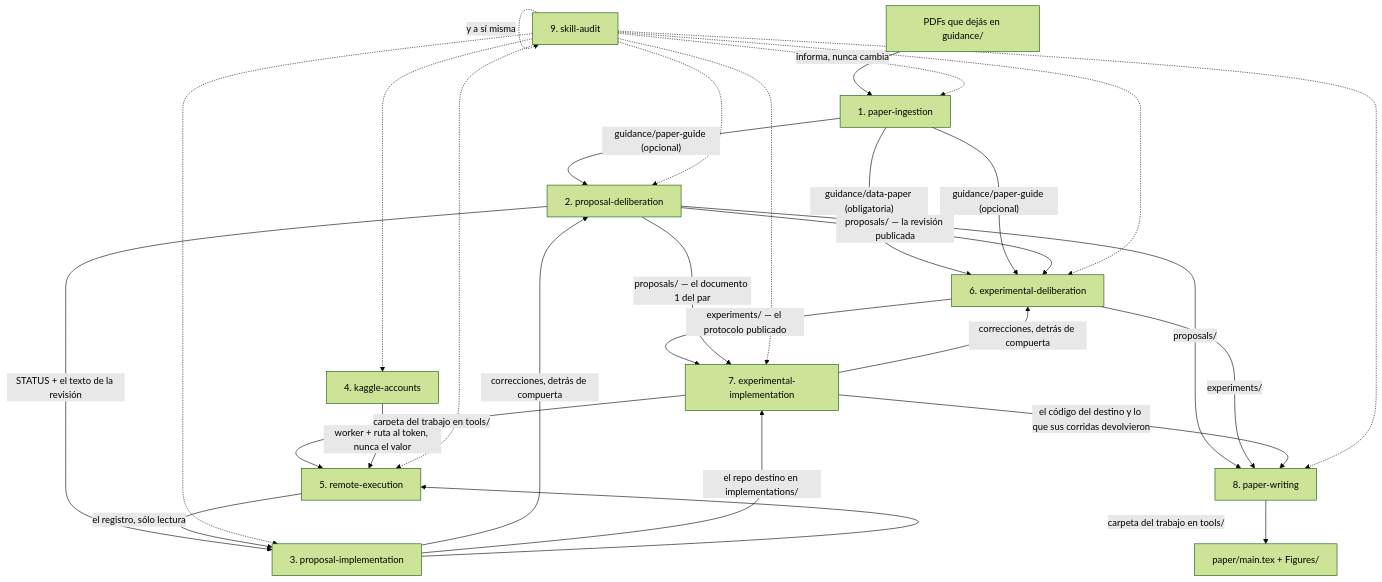
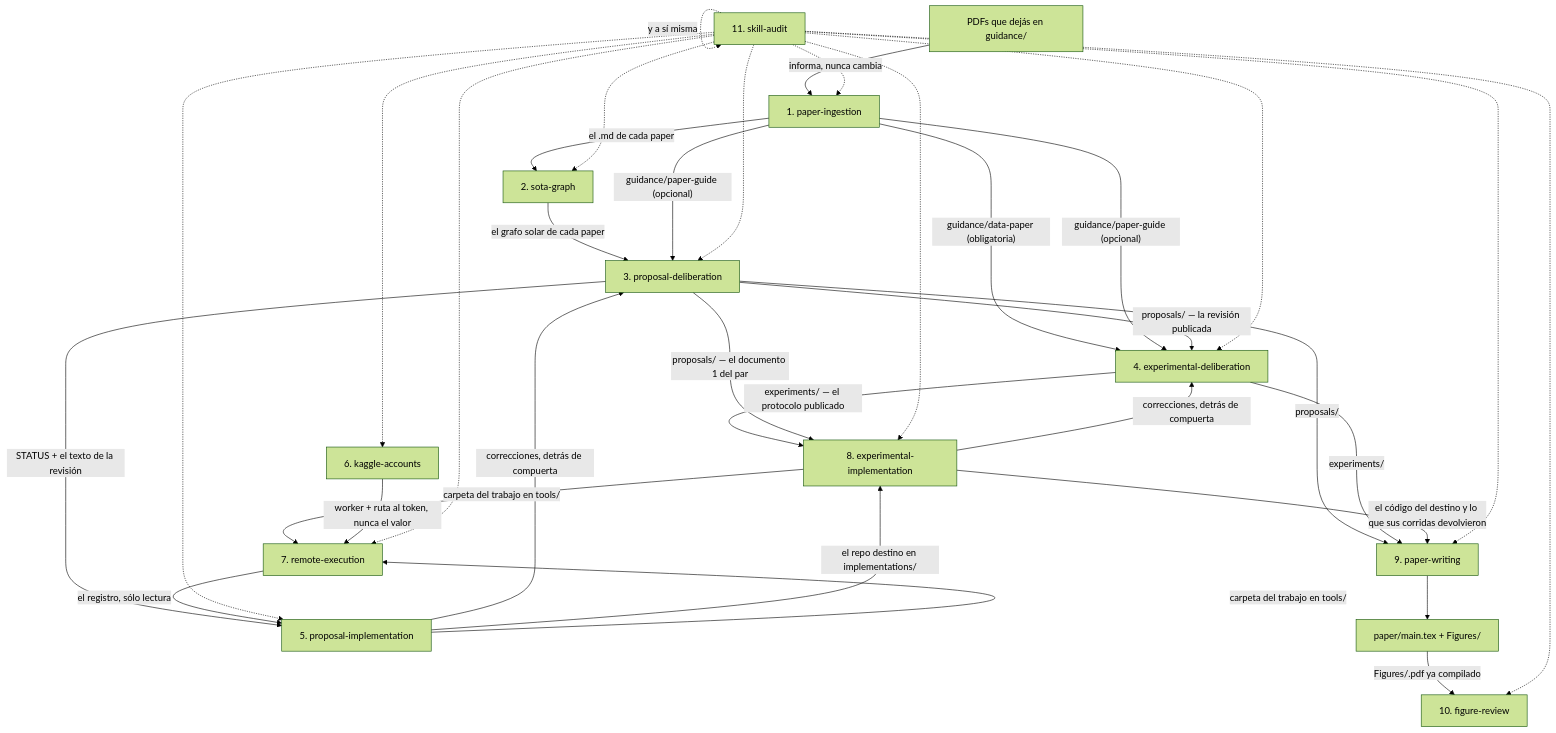
Before and after one commit to Daprosero/papersmith-ai: the first of 10 diagrams in README.md, drawn with Mermaid (forest theme). The commit also changed other lines of this file and 12 other files, not shown here.

First line of the commit message:
feat(opencode): novelty-screener agent and sota-graph skill

````diff
--- a/README.md
+++ b/README.md
@@ -479,37 +483,42 @@
 ```mermaid
 flowchart TD
     PDF["PDFs que dejás en guidance/"] --> PI["1. paper-ingestion"]
 
-    PI -- "guidance/paper-guide (opcional)" --> PD["2. proposal-deliberation"]
-    PI -- "guidance/data-paper (obligatoria)" --> ED["6. experimental-deliberation"]
+    PI -- "el .md de cada paper" --> SG["2. sota-graph"]
+    SG -- "el grafo solar de cada paper" --> PD["3. proposal-deliberation"]
+    PI -- "guidance/paper-guide (opcional)" --> PD
+    PI -- "guidance/data-paper (obligatoria)" --> ED["4. experimental-deliberation"]
     PI -- "guidance/paper-guide (opcional)" --> ED
 
     PD -- "proposals/ — la revisión publicada" --> ED
-    PD -- "STATUS + el texto de la revisión" --> IMP["3. proposal-implementation"]
-    ED -- "experiments/ — el protocolo publicado" --> EIM["7. experimental-implementation"]
+    PD -- "STATUS + el texto de la revisión" --> IMP["5. proposal-implementation"]
+    ED -- "experiments/ — el protocolo publicado" --> EIM["8. experimental-implementation"]
     PD -- "proposals/ — el documento 1 del par" --> EIM
 
     IMP -- "correcciones, detrás de compuerta" --> PD
     EIM -- "correcciones, detrás de compuerta" --> ED
 
     IMP -- "el repo destino en implementations/" --> EIM
-    IMP -- "carpeta del trabajo en tools/" --> RE["5. remote-execution"]
+    IMP -- "carpeta del trabajo en tools/" --> RE["7. remote-execution"]
     EIM -- "carpeta del trabajo en tools/" --> RE
-    KA["4. kaggle-accounts"] -- "worker + ruta al token, nunca el valor" --> RE
+    KA["6. kaggle-accounts"] -- "worker + ruta al token, nunca el valor" --> RE
     RE -- "el registro, sólo lectura" --> IMP
 
-    PD -- "proposals/" --> PW["8. paper-writing"]
+    PD -- "proposals/" --> PW["9. paper-writing"]
     ED -- "experiments/" --> PW
     EIM -- "el código del destino y lo que sus corridas devolvieron" --> PW
     PW --> PAPER["paper/main.tex + Figures/"]
+    PAPER -- "Figures/<id>.pdf ya compilado" --> FR["10. figure-review"]
 
-    SA["9. skill-audit"] -. "informa, nunca cambia" .-> PI
+    SA["11. skill-audit"] -. "informa, nunca cambia" .-> PI
+    SA -. " " .-> SG
     SA -. " " .-> PD
     SA -. " " .-> IMP
     SA -. " " .-> KA
     SA -. " " .-> RE
     SA -. " " .-> ED
     SA -. " " .-> EIM
     SA -. " " .-> PW
+    SA -. " " .-> FR
     SA -. "y a sí misma" .-> SA
 ```
````
